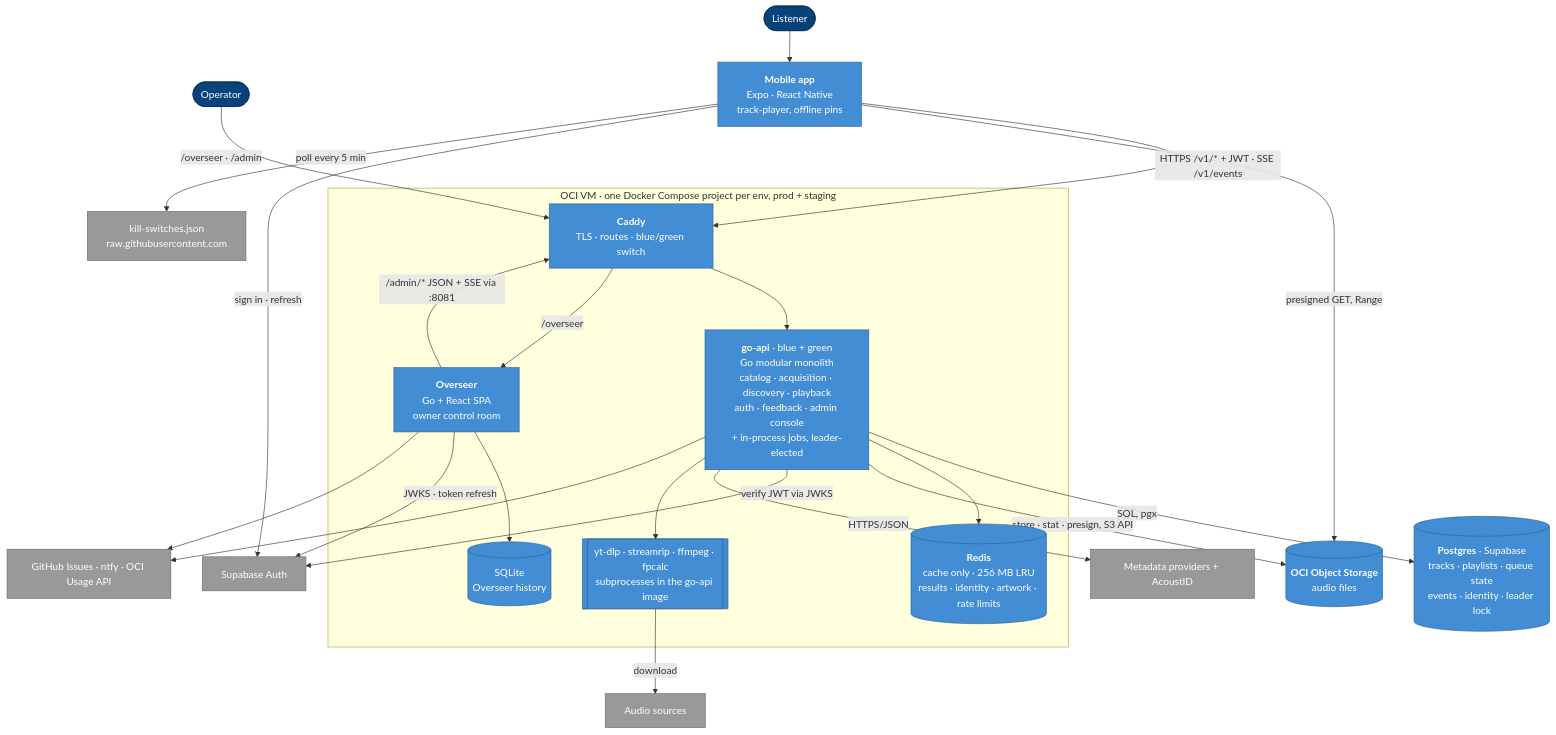
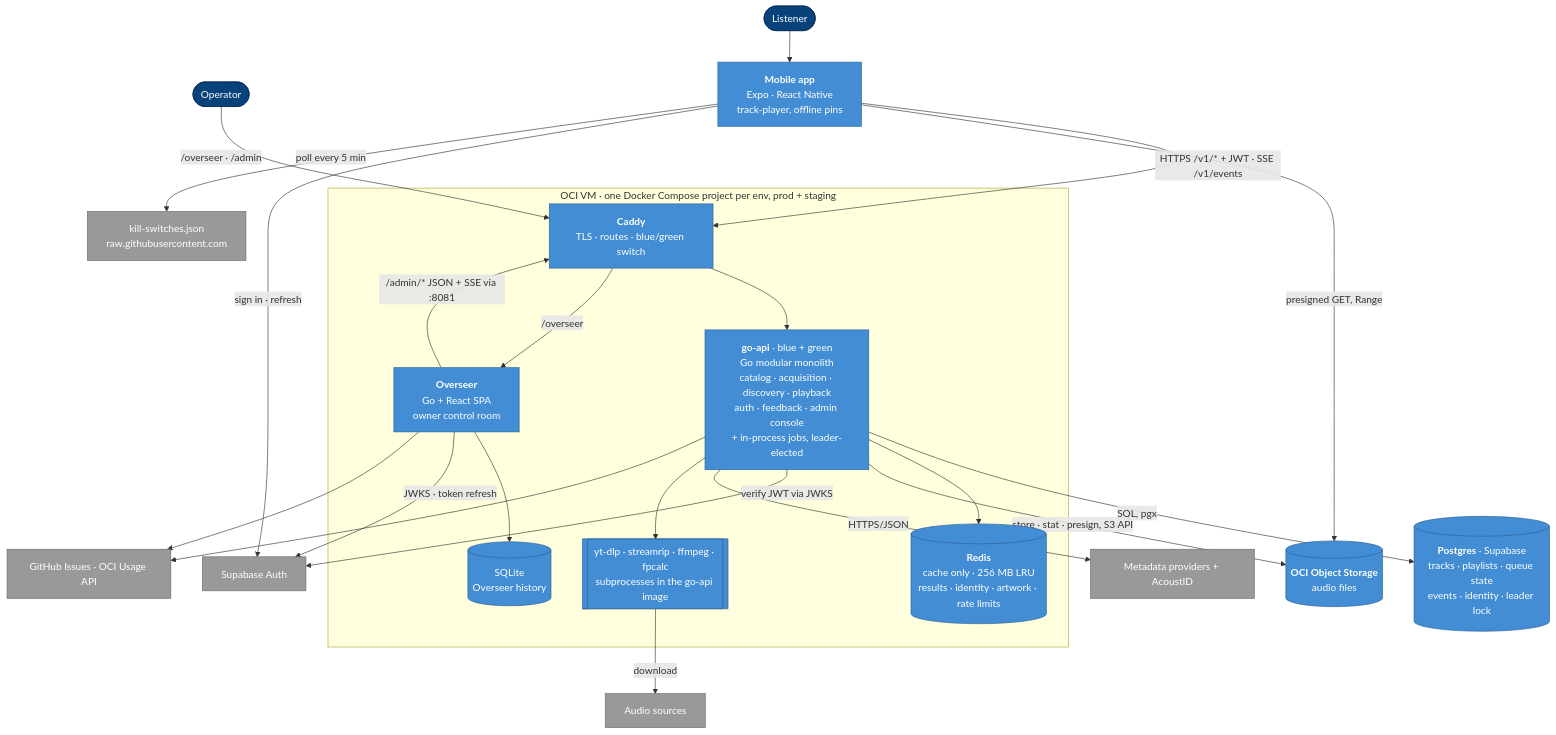
Before and after one commit to aleburrascano/altune: the second of 2 diagrams in docs/diagrams/system.md, drawn with Mermaid. The commit also changed other lines of this file and 22 other files, not shown here.

First line of the commit message:
chore(go-api): remove ntfy alert push, log alerts instead (#2795)

````diff
--- a/docs/diagrams/system.md
+++ b/docs/diagrams/system.md
@@ -51,53 +49,53 @@
 ```mermaid
 flowchart TD
     listener(["Listener"])
     operator(["Operator"])
 
     mobile["<b>Mobile app</b><br/>Expo · React Native<br/>track-player, offline pins"]
 
     subgraph vm [OCI VM · one Docker Compose project per env, prod + staging]
         caddy["<b>Caddy</b><br/>TLS · routes · blue/green switch"]
         api["<b>go-api</b> · blue + green<br/>Go modular monolith<br/>catalog · acquisition · discovery · playback<br/>auth · feedback · admin console<br/>+ in-process jobs, leader-elected"]
         tools[["yt-dlp · streamrip · ffmpeg · fpcalc<br/>subprocesses in the go-api image"]]
         overseer["<b>Overseer</b><br/>Go + React SPA<br/>owner control room"]
         redis[("<b>Redis</b><br/>cache only · 256 MB LRU<br/>results · identity · artwork · rate limits")]
         sqlite[("SQLite<br/>Overseer history")]
     end
 
     pg[("<b>Postgres</b> · Supabase<br/>tracks · playlists · queue state<br/>events · identity · leader lock")]
     bucket[("<b>OCI Object Storage</b><br/>audio files")]
     auth["Supabase Auth"]
     providers["Metadata providers + AcoustID"]
     sources["Audio sources"]
-    extras["GitHub Issues · ntfy · OCI Usage API"]
+    extras["GitHub Issues · OCI Usage API"]
     ks["kill-switches.json<br/>raw.githubusercontent.com"]
 
     listener --> mobile
     mobile -->|HTTPS /v1/* + JWT · SSE /v1/events| caddy
     mobile -->|presigned GET, Range| bucket
     mobile -->|sign in · refresh| auth
     mobile -->|poll every 5 min| ks
     operator -->|/overseer · /admin| caddy
     caddy --> api
     caddy -->|/overseer| overseer
     overseer -->|/admin/* JSON + SSE via :8081| caddy
     overseer --> sqlite
     overseer -->|JWKS · token refresh| auth
     api -->|SQL, pgx| pg
     api --> redis
     api -->|store · stat · presign, S3 API| bucket
     api -->|verify JWT via JWKS| auth
     api -->|HTTPS/JSON| providers
     api --> tools -->|download| sources
     api --> extras
     overseer --> extras
 
     classDef container fill:#438dd5,color:#fff,stroke:#2e6295
     classDef store fill:#438dd5,color:#fff,stroke:#2e6295
     classDef person fill:#08427b,color:#fff,stroke:#052e56
     classDef external fill:#999,color:#fff,stroke:#6b6b6b
     class mobile,caddy,api,overseer,tools container
     class redis,sqlite,pg,bucket store
     class listener,operator person
     class auth,providers,sources,extras,ks external
 ```
````
